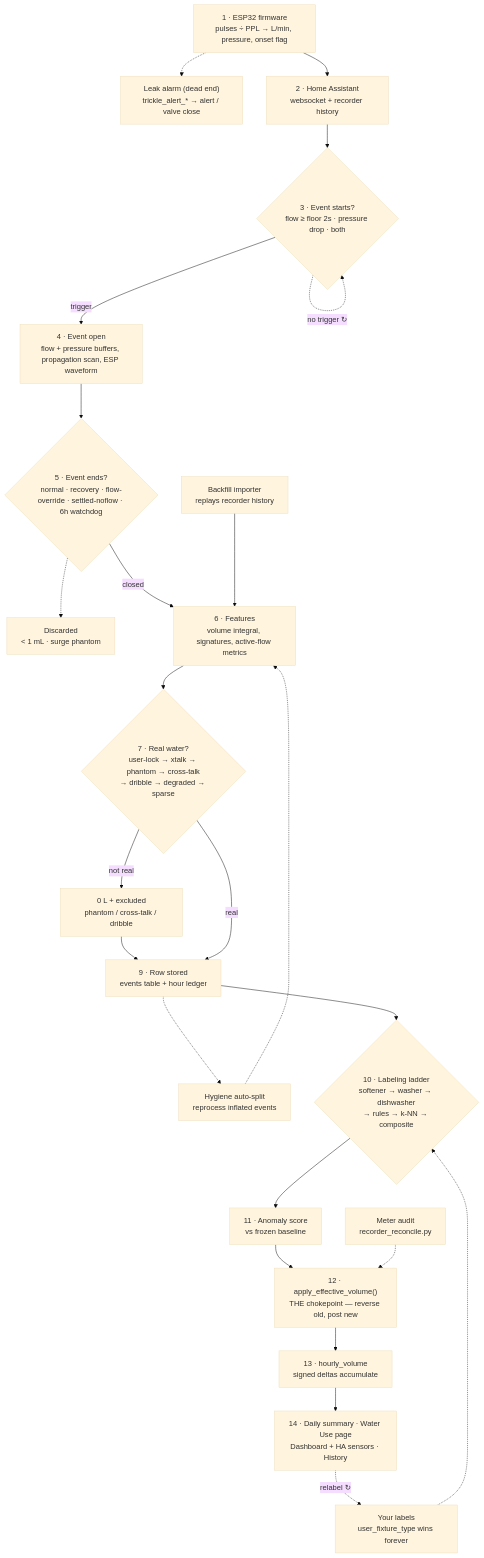
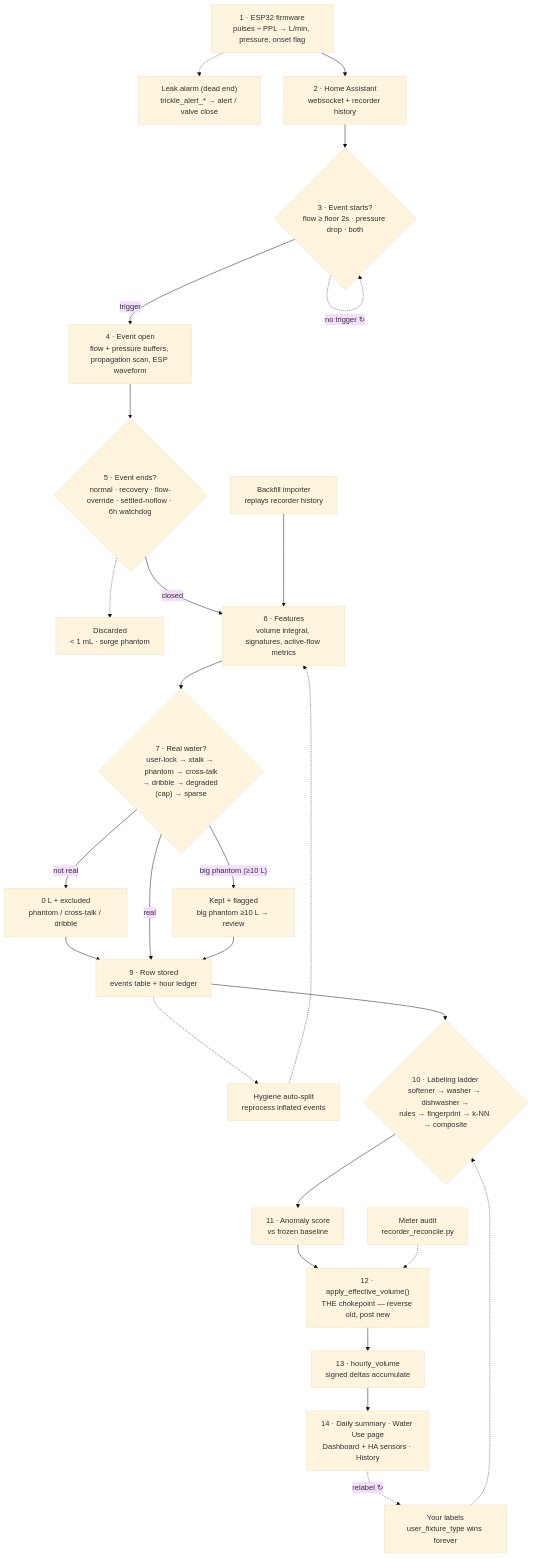
Before and after one commit to kyleronan/Esp_water-monitor: the diagram in docs/PIPELINE.md, drawn with Mermaid (base theme). The commit also changed other lines of this file and 1 other file, not shown here.

````diff
--- a/docs/PIPELINE.md
+++ b/docs/PIPELINE.md
@@ -23,40 +26,42 @@
 ```mermaid
 flowchart TD
     FW["1 · ESP32 firmware<br/>pulses ÷ PPL → L/min, pressure, onset flag"]
     LEAK["Leak alarm (dead end)<br/>trickle_alert_* → alert / valve close"]
     HA["2 · Home Assistant<br/>websocket + recorder history"]
     START{"3 · Event starts?<br/>flow ≥ floor 2s · pressure drop · both"}
     OPEN["4 · Event open<br/>flow + pressure buffers, propagation scan, ESP waveform"]
     END{"5 · Event ends?<br/>normal · recovery · flow-override · settled-noflow · 6h watchdog"}
     DISCARD["Discarded<br/>< 1 mL · surge phantom"]
     FEAT["6 · Features<br/>volume integral, signatures, active-flow metrics"]
     BACKFILL["Backfill importer<br/>replays recorder history"]
-    VERDICT{"7 · Real water?<br/>user-lock → xtalk → phantom → cross-talk<br/>→ dribble → degraded → sparse"}
+    VERDICT{"7 · Real water?<br/>user-lock → xtalk → phantom → cross-talk<br/>→ dribble → degraded (cap) → sparse"}
     ZERO["0 L + excluded<br/>phantom / cross-talk / dribble"]
+    KEEP["Kept + flagged<br/>big phantom ≥10 L → review"]
     STORE["9 · Row stored<br/>events table + hour ledger"]
     HYGIENE["Hygiene auto-split<br/>reprocess inflated events"]
-    LADDER{"10 · Labeling ladder<br/>softener → washer → dishwasher<br/>→ rules → k-NN → composite"}
+    LADDER{"10 · Labeling ladder<br/>softener → washer → dishwasher →<br/>rules → fingerprint → k-NN → composite"}
     ANOM["11 · Anomaly score<br/>vs frozen baseline"]
     CHOKE["12 · apply_effective_volume()<br/>THE chokepoint — reverse old, post new"]
     AUDIT["Meter audit<br/>recorder_reconcile.py"]
     USER["Your labels<br/>user_fixture_type wins forever"]
     HOUR["13 · hourly_volume<br/>signed deltas accumulate"]
     OUT["14 · Daily summary · Water Use page<br/>Dashboard + HA sensors · History"]
 
     FW -.-> LEAK
     FW --> HA --> START
     START -->|trigger| OPEN --> END
     START -.->|no trigger ↻| START
     END -->|closed| FEAT
     END -.-> DISCARD
     BACKFILL --> FEAT
     FEAT --> VERDICT
     VERDICT -->|not real| ZERO --> STORE
     VERDICT -->|real| STORE
+    VERDICT -->|"big phantom (≥10 L)"| KEEP --> STORE
     STORE -.-> HYGIENE -.-> FEAT
     STORE --> LADDER --> ANOM --> CHOKE
     AUDIT -.-> CHOKE
     CHOKE --> HOUR --> OUT
     USER -.-> LADDER
     OUT -.->|relabel ↻| USER
 ```
````
